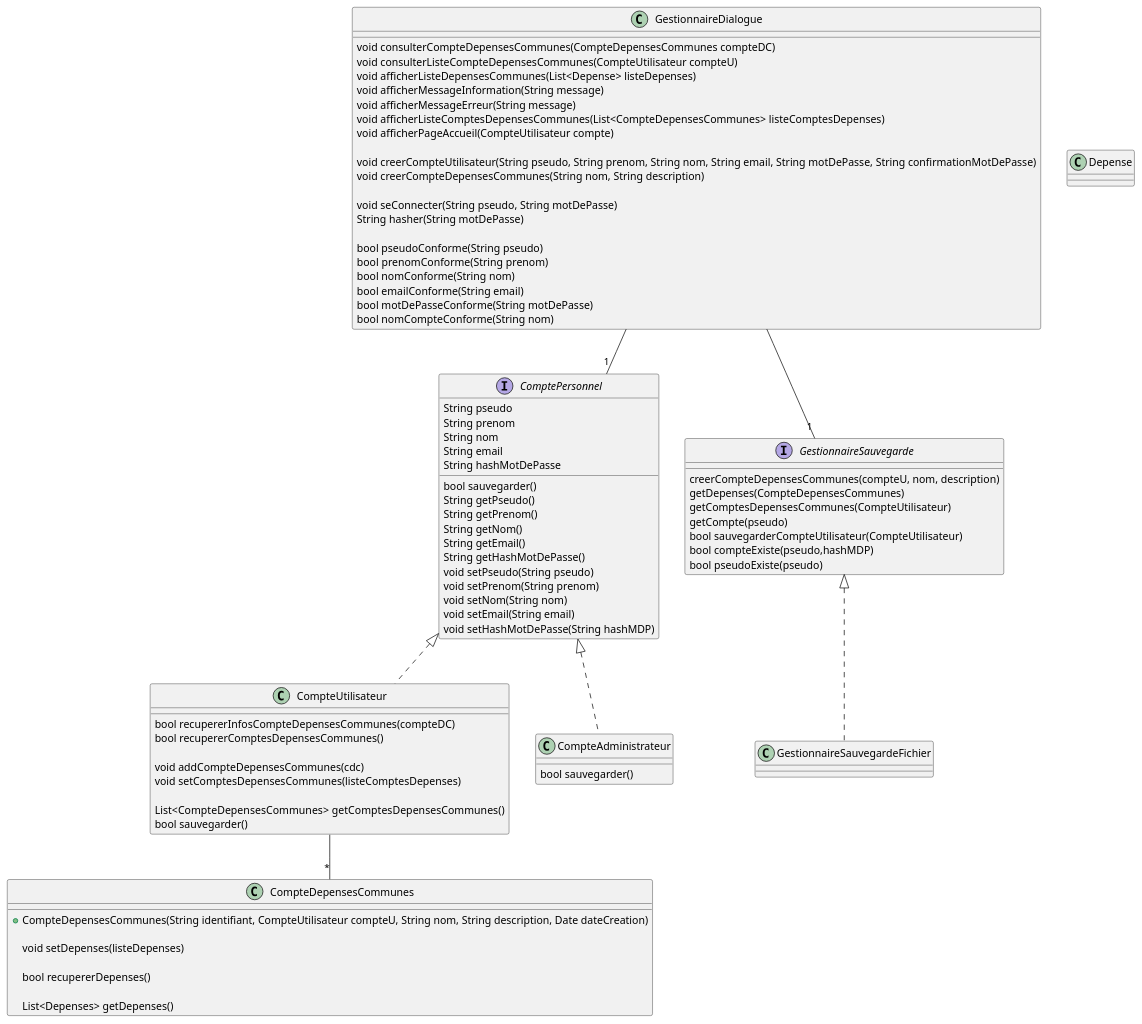
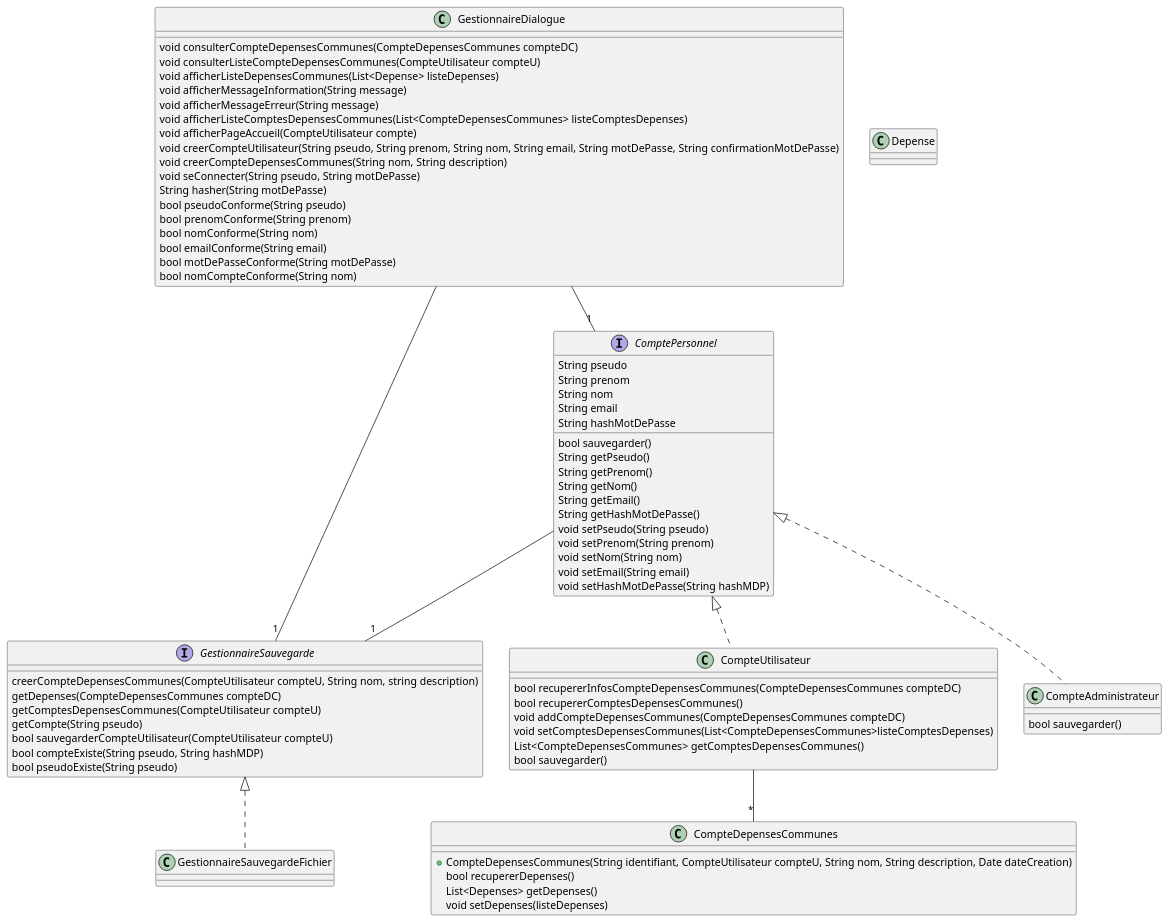
One commit to lmtb06/sharecount changed the diagram in diagrammes/conception/classes.puml. Above: the diagram before and after it, drawn with PlantUML. The commit also changed 5 other files, not shown here.

Commit message:
-ajout de l'interface ComptePersonnel -cleanup diagramme de classe

```diff
--- a/diagrammes/conception/classes.puml
+++ b/diagrammes/conception/classes.puml
@@ -1,94 +1,85 @@
 @startuml Classes
 
 	class GestionnaireDialogue {
 		void consulterCompteDepensesCommunes(CompteDepensesCommunes compteDC)
 		void consulterListeCompteDepensesCommunes(CompteUtilisateur compteU)
 		void afficherListeDepensesCommunes(List<Depense> listeDepenses)
 		void afficherMessageInformation(String message)
 		void afficherMessageErreur(String message)
 		void afficherListeComptesDepensesCommunes(List<CompteDepensesCommunes> listeComptesDepenses)
 		void afficherPageAccueil(CompteUtilisateur compte)
-
 		void creerCompteUtilisateur(String pseudo, String prenom, String nom, String email, String motDePasse, String confirmationMotDePasse)
 		void creerCompteDepensesCommunes(String nom, String description)
-
 		void seConnecter(String pseudo, String motDePasse)
 		String hasher(String motDePasse)
-
 		bool pseudoConforme(String pseudo)
 		bool prenomConforme(String prenom)
 		bool nomConforme(String nom)
 		bool emailConforme(String email)
 		bool motDePasseConforme(String motDePasse)
 		bool nomCompteConforme(String nom)
 	}
 	GestionnaireDialogue --"1" ComptePersonnel
 	GestionnaireDialogue --"1" GestionnaireSauvegarde
 
 	interface GestionnaireSauvegarde {
-		creerCompteDepensesCommunes(compteU, nom, description)
-		getDepenses(CompteDepensesCommunes)
-		getComptesDepensesCommunes(CompteUtilisateur)
-		getCompte(pseudo)
-		bool sauvegarderCompteUtilisateur(CompteUtilisateur)
-		bool compteExiste(pseudo,hashMDP)
-		bool pseudoExiste(pseudo)
+		creerCompteDepensesCommunes(CompteUtilisateur compteU, String nom, string description)
+		getDepenses(CompteDepensesCommunes compteDC)
+		getComptesDepensesCommunes(CompteUtilisateur compteU)
+		getCompte(String pseudo)
+		bool sauvegarderCompteUtilisateur(CompteUtilisateur compteU)
+		bool compteExiste(String pseudo, String hashMDP)
+		bool pseudoExiste(String pseudo)
 	}
 
 	class GestionnaireSauvegardeFichier implements GestionnaireSauvegarde {
 
 	}
 
 	class CompteUtilisateur implements ComptePersonnel {
-		bool recupererInfosCompteDepensesCommunes(compteDC)
+		bool recupererInfosCompteDepensesCommunes(CompteDepensesCommunes compteDC)
 		bool recupererComptesDepensesCommunes()
-
-		void addCompteDepensesCommunes(cdc)
-		void setComptesDepensesCommunes(listeComptesDepenses)
-
+		void addCompteDepensesCommunes(CompteDepensesCommunes compteDC)
+		void setComptesDepensesCommunes(List<CompteDepensesCommunes>listeComptesDepenses)
 		List<CompteDepensesCommunes>  getComptesDepensesCommunes()
 		bool sauvegarder()
-
 	}
 	CompteUtilisateur --"*" CompteDepensesCommunes
 
 
 	class CompteAdministrateur implements ComptePersonnel {
 		bool sauvegarder()
 	}
 
 	interface ComptePersonnel {
 		String pseudo
 		String prenom
 		String nom
 		String email
 		String hashMotDePasse
-
 		bool sauvegarder()
 		String getPseudo()
 		String getPrenom()
 		String getNom()
 		String getEmail()
 		String getHashMotDePasse()
 		void setPseudo(String pseudo)
 		void setPrenom(String prenom)
 		void setNom(String nom)
 		void setEmail(String email)
 		void setHashMotDePasse(String hashMDP)
 	}
+	ComptePersonnel --"1" GestionnaireSauvegarde
 
 	class CompteDepensesCommunes {
 		+CompteDepensesCommunes(String identifiant, CompteUtilisateur compteU, String nom, String description, Date dateCreation)
-
+		bool recupererDepenses()
+		List<Depenses> getDepenses()
 		void setDepenses(listeDepenses)
-
-		bool recupererDepenses()
-
-		List<Depenses> getDepenses()
 	}
 
 	class Depense {
 
 	}
 
 @enduml
```
